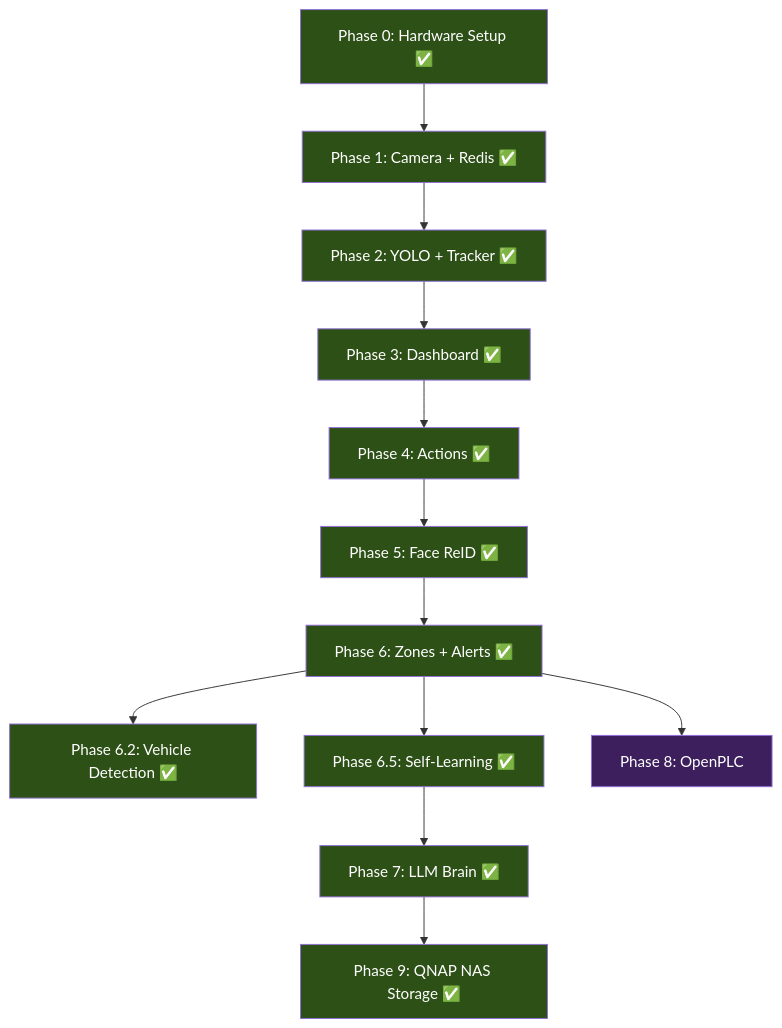
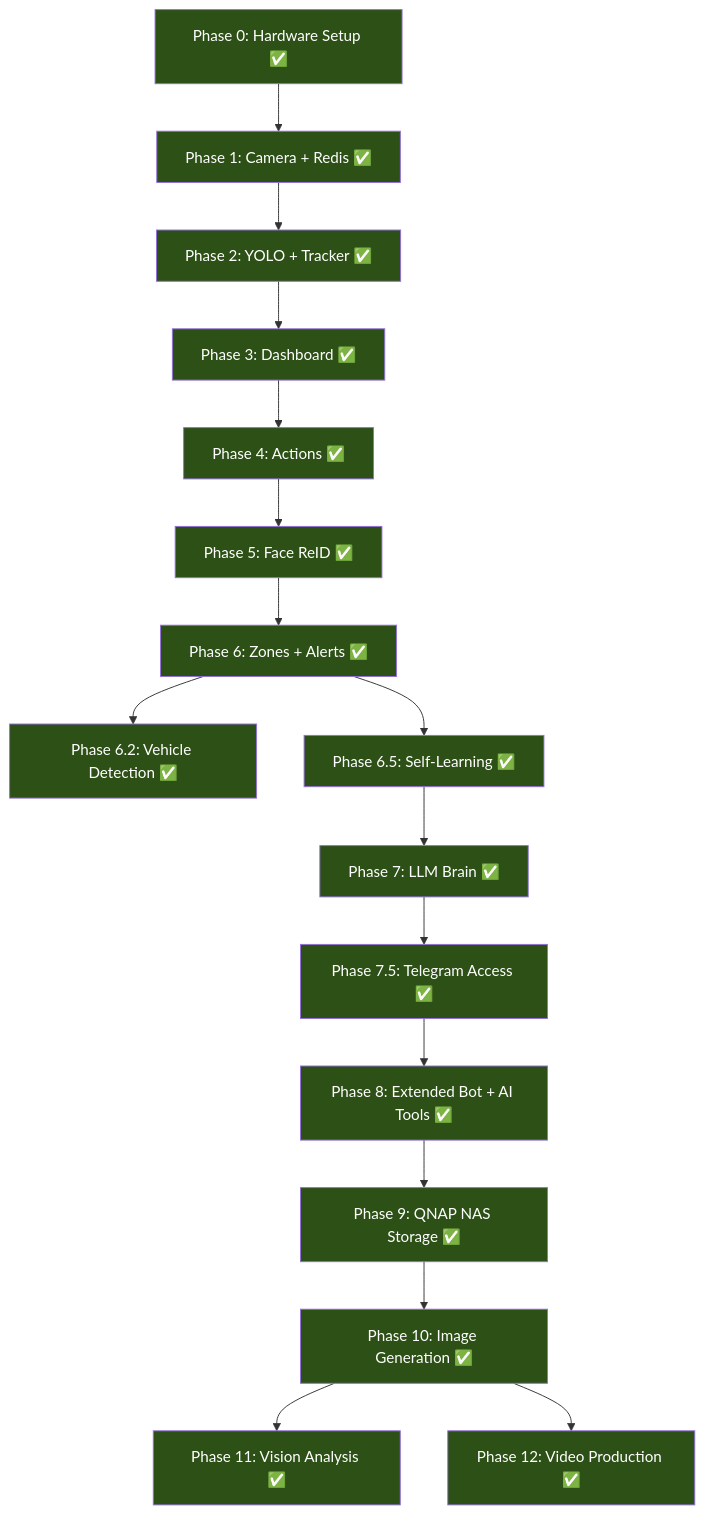
Before and after one commit to gammahazard/vision-labs-v1: the diagram in v2.md, drawn with Mermaid. The commit also changed other lines of this file and 26 other files, not shown here.

````diff
--- a/v2.md
+++ b/v2.md
@@ -1174,27 +1179,35 @@
 ```mermaid
 graph TD
     P0["Phase 0: Hardware Setup ✅"] --> P1["Phase 1: Camera + Redis ✅"]
     P1 --> P2["Phase 2: YOLO + Tracker ✅"]
     P2 --> P3["Phase 3: Dashboard ✅"]
     P3 --> P4["Phase 4: Actions ✅"]
     P4 --> P5["Phase 5: Face ReID ✅"]
     P5 --> P6["Phase 6: Zones + Alerts ✅"]
     P6 --> P6_2["Phase 6.2: Vehicle Detection ✅"]
     P6 --> P6_5["Phase 6.5: Self-Learning ✅"]
     P6_5 --> P7["Phase 7: LLM Brain ✅"]
-    P7 --> P9["Phase 9: QNAP NAS Storage ✅"]
-    P6 --> P8["Phase 8: OpenPLC"]
+    P7 --> P7_5["Phase 7.5: Telegram Access ✅"]
+    P7_5 --> P8["Phase 8: Extended Bot + AI Tools ✅"]
+    P8 --> P9["Phase 9: QNAP NAS Storage ✅"]
+    P9 --> P10["Phase 10: Image Generation ✅"]
+    P10 --> P11["Phase 11: Vision Analysis ✅"]
+    P10 --> P12["Phase 12: Video Production ✅"]
 
     style P0 fill:#2d5016,color:#fff
     style P1 fill:#2d5016,color:#fff
     style P2 fill:#2d5016,color:#fff
     style P3 fill:#2d5016,color:#fff
     style P4 fill:#2d5016,color:#fff
     style P5 fill:#2d5016,color:#fff
     style P6 fill:#2d5016,color:#fff
     style P6_2 fill:#2d5016,color:#fff
     style P6_5 fill:#2d5016,color:#fff
     style P7 fill:#2d5016,color:#fff
+    style P7_5 fill:#2d5016,color:#fff
+    style P8 fill:#2d5016,color:#fff
     style P9 fill:#2d5016,color:#fff
-    style P8 fill:#3c1f5c,color:#fff
+    style P10 fill:#2d5016,color:#fff
+    style P11 fill:#2d5016,color:#fff
+    style P12 fill:#2d5016,color:#fff
 ```
````
